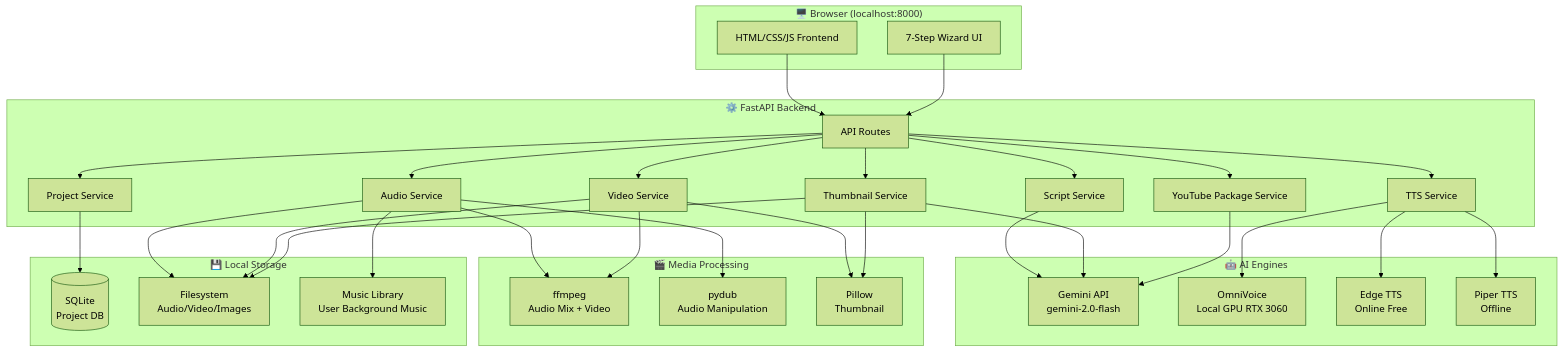
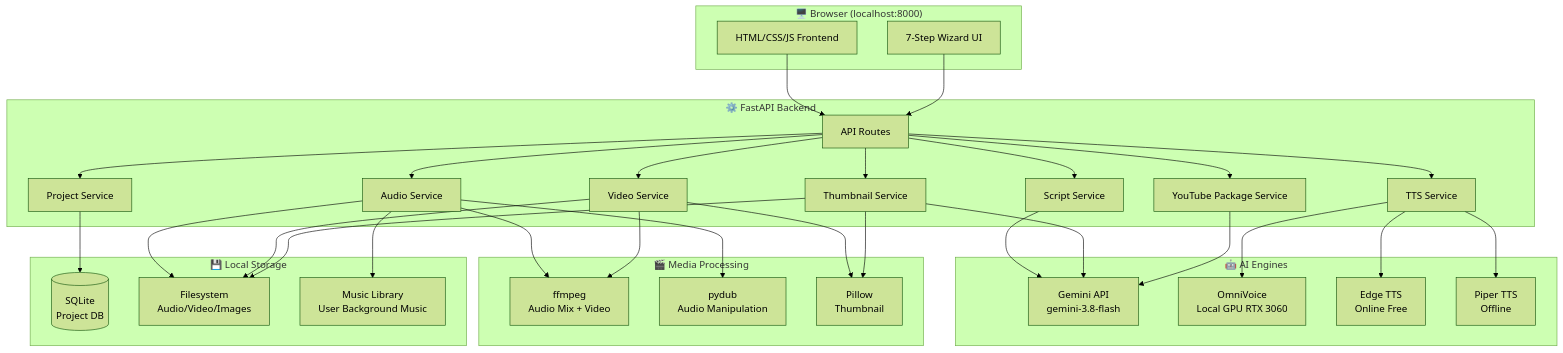
Before and after one commit to danghoangsqtt-sys/dailyintelenglish: the diagram in .viepilot/architecture/system-overview.mermaid, drawn with Mermaid (forest theme). The commit also changed 17 other files, not shown here.

```diff
--- a/.viepilot/architecture/system-overview.mermaid
+++ b/.viepilot/architecture/system-overview.mermaid
@@ -1,47 +1,47 @@
 graph TB
     subgraph Browser["🖥️ Browser (localhost:8000)"]
         UI[HTML/CSS/JS Frontend]
         WZ[7-Step Wizard UI]
     end
 
     subgraph FastAPI["⚙️ FastAPI Backend"]
         AR[API Routes]
         SS[Script Service]
         TS[TTS Service]
         AS[Audio Service]
         VS[Video Service]
         THS[Thumbnail Service]
         PS[Project Service]
         YTS[YouTube Package Service]
     end
 
     subgraph AI["🤖 AI Engines"]
-        GEM[Gemini API\ngemini-2.0-flash]
+        GEM[Gemini API\ngemini-3.8-flash]
         OV[OmniVoice\nLocal GPU RTX 3060]
         ETSS[Edge TTS\nOnline Free]
         PTTS[Piper TTS\nOffline]
     end
 
     subgraph Media["🎬 Media Processing"]
         FFMP[ffmpeg\nAudio Mix + Video]
         PDY[pydub\nAudio Manipulation]
         PIL[Pillow\nThumbnail]
     end
 
     subgraph Storage["💾 Local Storage"]
         DB[(SQLite\nProject DB)]
         FS[Filesystem\nAudio/Video/Images]
         ML[Music Library\nUser Background Music]
     end
 
     UI --> AR
     WZ --> AR
     AR --> SS & TS & AS & VS & THS & PS & YTS
     SS --> GEM
     TS --> OV & ETSS & PTTS
     AS --> FFMP & PDY & ML
     VS --> FFMP & PIL
     THS --> GEM & PIL
     YTS --> GEM
     PS --> DB
     AS & VS & THS --> FS
```
